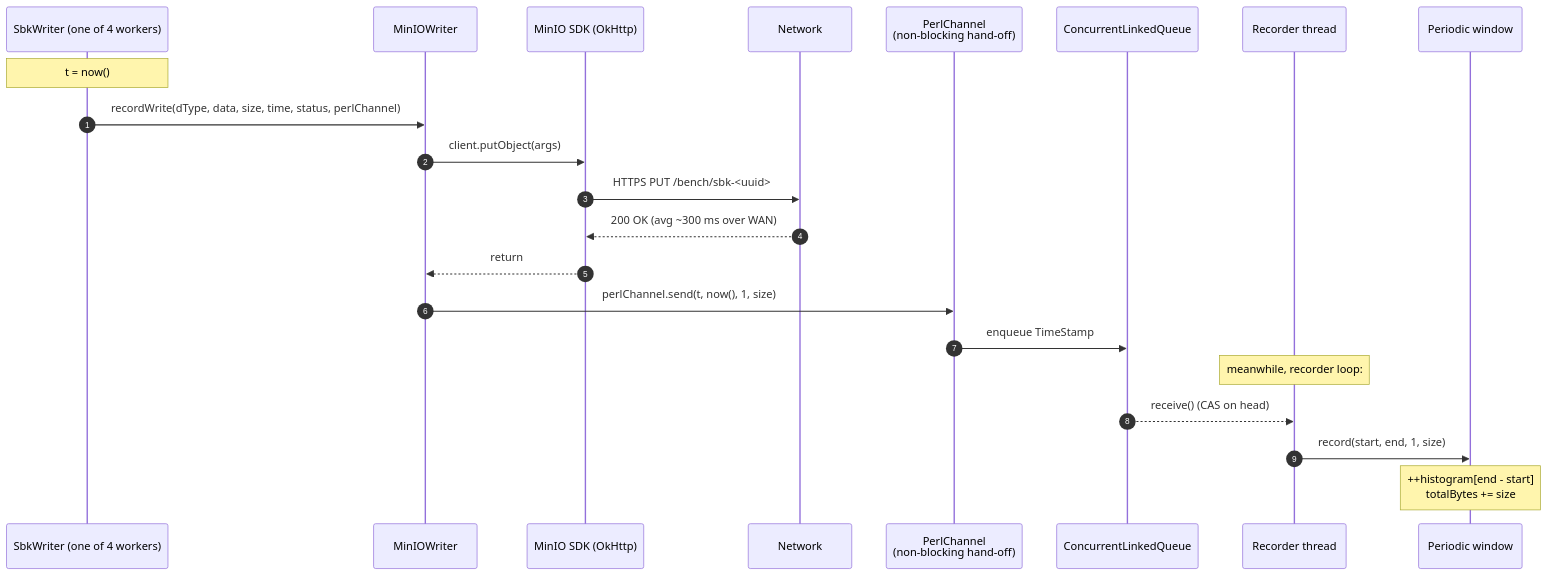
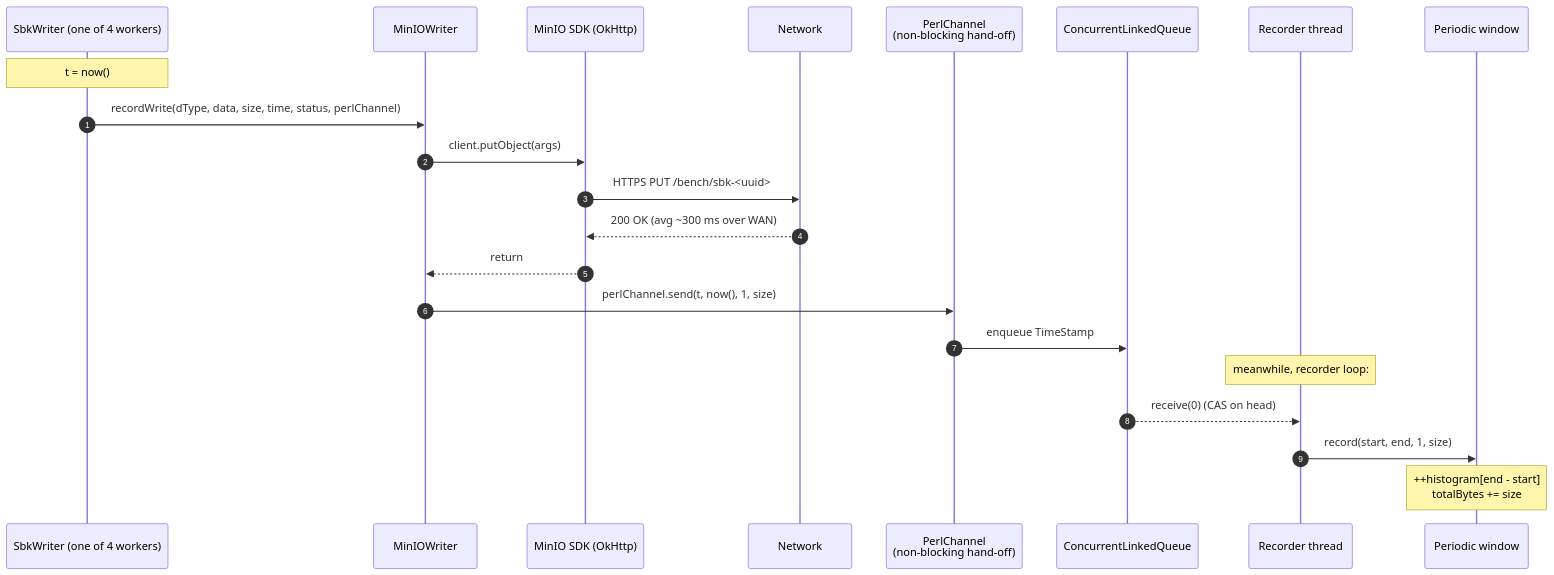
One commit to kmgowda/SBK changed diagram 38 of 43 in docs/sbk-internals.md. Above: the diagram before and after it, drawn with Mermaid. The commit also changed other lines of this file and 38 other files, not shown here.

````diff
--- a/docs/sbk-internals.md
+++ b/docs/sbk-internals.md
@@ -2857,26 +2857,26 @@
 ```mermaid
 sequenceDiagram
     autonumber
     participant W as SbkWriter (one of 4 workers)
     participant Drv as MinIOWriter
     participant Sdk as MinIO SDK (OkHttp)
     participant Net as Network
     participant Ch as PerlChannel<br/>(non-blocking hand-off)
     participant Q as ConcurrentLinkedQueue
     participant R as Recorder thread
     participant Win as Periodic window
 
     Note over W: t = now()
     W->>Drv: recordWrite(dType, data, size, time, status, perlChannel)
     Drv->>Sdk: client.putObject(args)
     Sdk->>Net: HTTPS PUT /bench/sbk-<uuid>
     Net-->>Sdk: 200 OK (avg ~300 ms over WAN)
     Sdk-->>Drv: return
     Drv->>Ch: perlChannel.send(t, now(), 1, size)
     Ch->>Q: enqueue TimeStamp
 
     Note over R: meanwhile, recorder loop:
-    Q-->>R: receive() (CAS on head)
+    Q-->>R: receive(0) (CAS on head)
     R->>Win: record(start, end, 1, size)
     Note over Win: ++histogram[end - start]<br/>totalBytes += size
 ```
````
